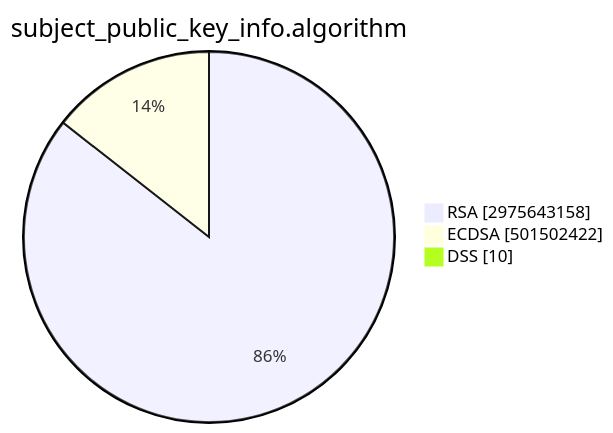
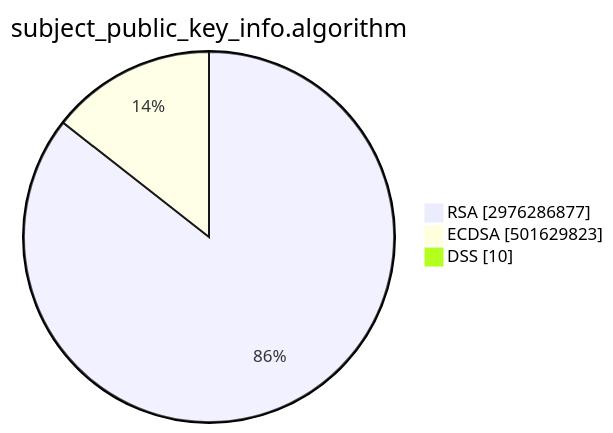
Before and after one commit to christiankrug/ctmonitor_visualization: the second of 15 diagrams in TOTAL/README.md, drawn with Mermaid. The commit also changed other lines of this file, not shown here.

````diff
--- a/TOTAL/README.md
+++ b/TOTAL/README.md
@@ -6,7 +6,7 @@
 ```mermaid
 pie showData
 title subject_public_key_info.algorithm
-"RSA" :2975643158
-"ECDSA" :501502422
+"RSA" :2976286877
+"ECDSA" :501629823
 "DSS" :10
 ```
````
